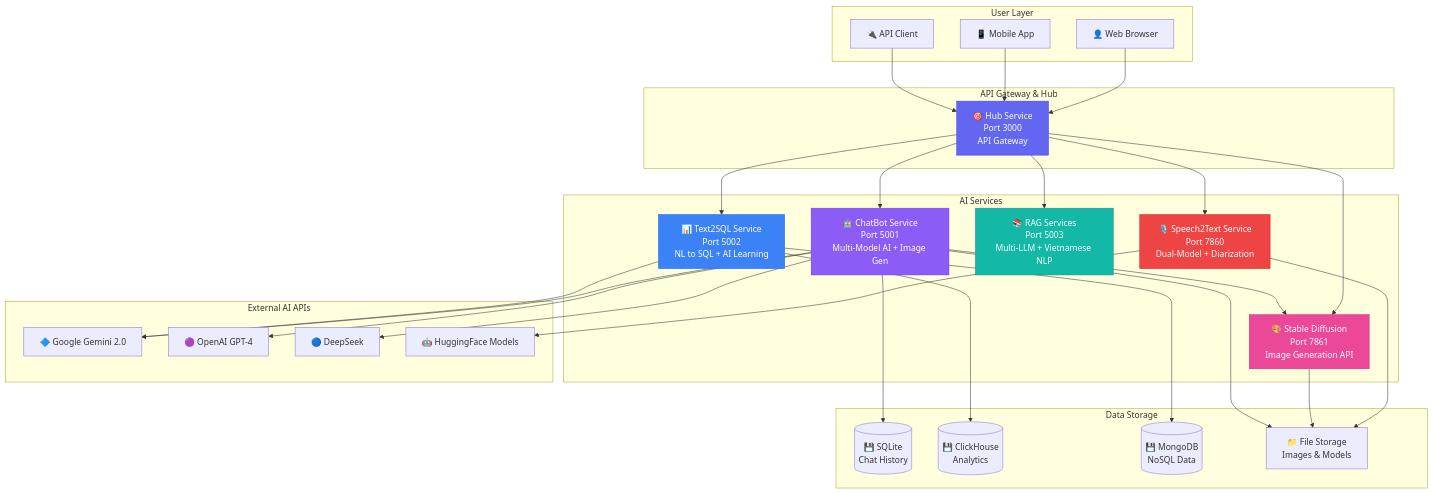
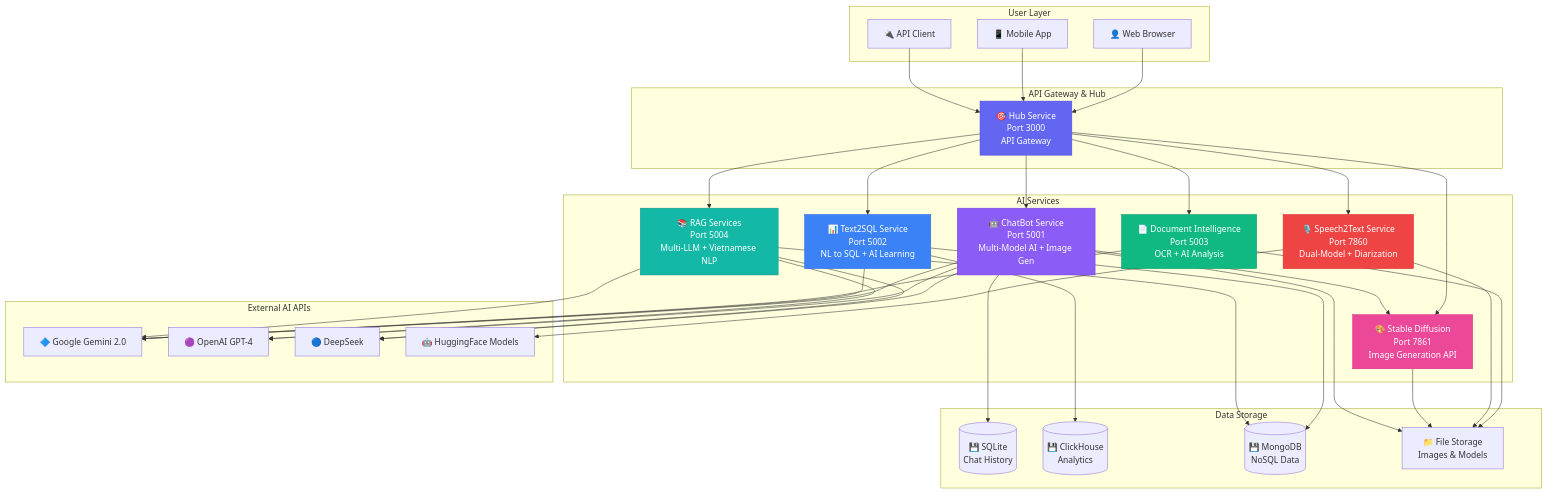
One commit to SkastVnT/AI-Assistant changed the first of 20 diagrams in README.md. Above: the diagram before and after it, drawn with Mermaid. The commit also changed other lines of this file, not shown here.

First line of the commit message:
docs: add RAG Services v1.0 to README (keeping Document Intelligence)

````diff
--- a/README.md
+++ b/README.md
@@ -147,68 +165,79 @@
 ```mermaid
 graph TB
     subgraph User Layer
     U1[👤 Web Browser]
     U2[📱 Mobile App]
     U3[🔌 API Client]
     end
     
     subgraph API Gateway & Hub
     HUB[🎯 Hub Service<br/>Port 3000<br/>API Gateway]
     end
     
     subgraph AI Services
     CB[🤖 ChatBot Service<br/>Port 5001<br/>Multi-Model AI + Image Gen]
     T2S[📊 Text2SQL Service<br/>Port 5002<br/>NL to SQL + AI Learning]
-    RAG[📚 RAG Services<br/>Port 5003<br/>Multi-LLM + Vietnamese NLP]
+    DIS[📄 Document Intelligence<br/>Port 5003<br/>OCR + AI Analysis]
+    RAG[📚 RAG Services<br/>Port 5004<br/>Multi-LLM + Vietnamese NLP]
     S2T[🎙️ Speech2Text Service<br/>Port 7860<br/>Dual-Model + Diarization]
     SD[🎨 Stable Diffusion<br/>Port 7861<br/>Image Generation API]
     end
     
     subgraph External AI APIs
     API1[🔷 Google Gemini 2.0]
     API2[🟣 OpenAI GPT-4]
     API3[🔵 DeepSeek]
     API4[🤖 HuggingFace Models]
     end
     
     subgraph Data Storage
     DB1[(💾 SQLite<br/>Chat History)]
     DB2[(💾 ClickHouse<br/>Analytics)]
     DB3[(💾 MongoDB<br/>NoSQL Data)]
     FS[📁 File Storage<br/>Images & Models]
     end
     
     U1 --> HUB
     U2 --> HUB
     U3 --> HUB
     
     HUB --> CB
     HUB --> T2S
+    HUB --> DIS
     HUB --> RAG
     HUB --> S2T
     HUB --> SD
     
     CB --> API1
     CB --> API2
     CB --> API3
     CB --> SD
     
     T2S --> API1
     T2S --> DB2
     T2S --> DB3
     
+    DIS --> API1
+    DIS --> FS
+    
+    RAG --> API1
+    RAG --> API2
+    RAG --> API3
+    RAG --> DB3
+    
     S2T --> API4
     S2T --> FS
     
     SD --> FS
     
     CB --> DB1
     CB --> FS
     
     style HUB fill:#6366F1,stroke:#4F46E5,color:#fff
     style CB fill:#8B5CF6,stroke:#7C3AED,color:#fff
     style T2S fill:#3B82F6,stroke:#2563EB,color:#fff
+    style DIS fill:#10B981,stroke:#059669,color:#fff
     style RAG fill:#14B8A6,stroke:#0D9488,color:#fff
     style S2T fill:#EF4444,stroke:#DC2626,color:#fff
     style SD fill:#EC4899,stroke:#DB2777,color:#fff
 ```
````
